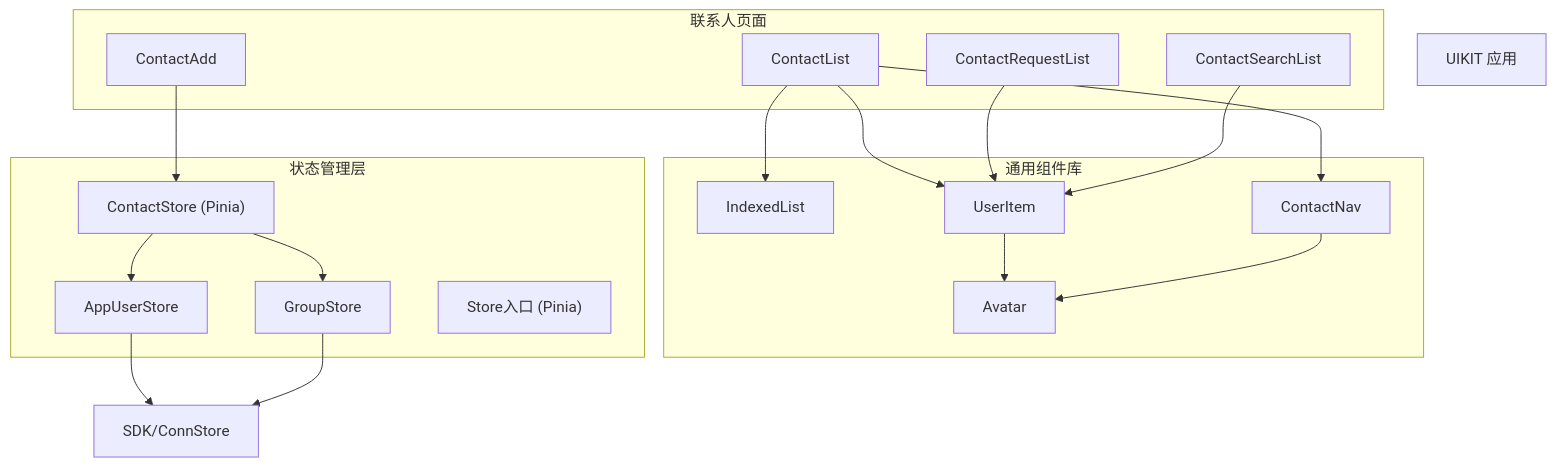
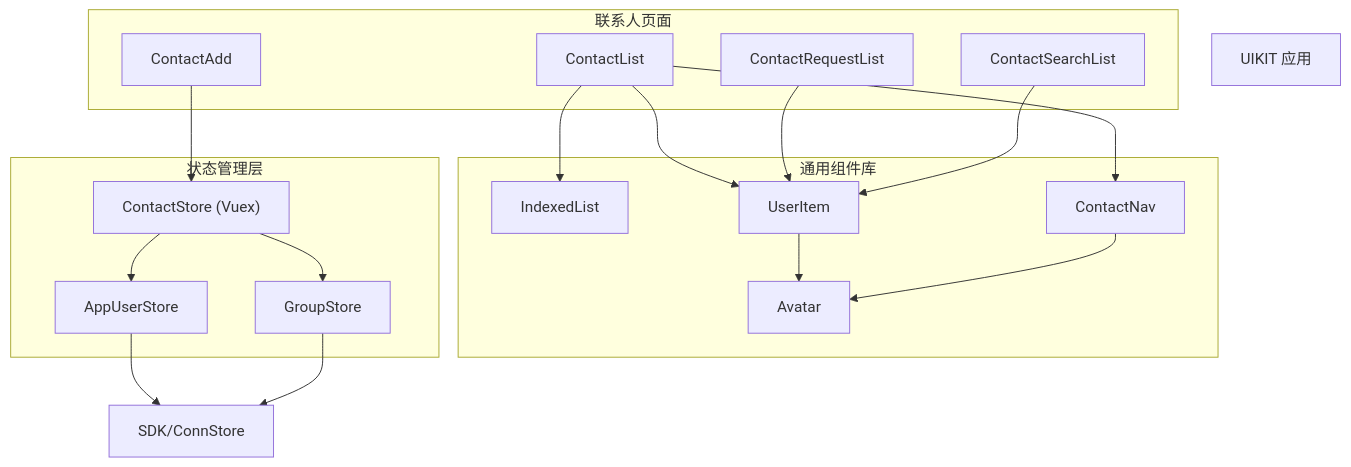
The second of 4 diagrams in .qoder/repowiki/zh/content/联系人模块/联系人模块.md (Easemob-Community/easemob-uikit-uniapp-community), drawn with Mermaid before and after one commit. The commit also changed other lines of this file and 14 other files, not shown here.

````diff
--- a/.qoder/repowiki/zh/content/联系人模块/联系人模块.md
+++ b/.qoder/repowiki/zh/content/联系人模块/联系人模块.md
@@ -177,35 +162,34 @@
 ```mermaid
 graph TB
 UIKIT["UIKIT 应用"]
 subgraph "联系人页面"
 CL["ContactList"]
 CA["ContactAdd"]
 CRL["ContactRequestList"]
 CSL["ContactSearchList"]
 end
 subgraph "通用组件库"
 IL["IndexedList"]
 AV["Avatar"]
 NAV["ContactNav"]
 UI["UserItem"]
 end
 subgraph "状态管理层"
-CST["ContactStore (Pinia)"]
+CST["ContactStore (Vuex)"]
 AS["AppUserStore"]
 GS["GroupStore"]
-SEI["Store入口 (Pinia)"]
 end
 SDK["SDK/ConnStore"]
 CST --> AS
 CST --> GS
 AS --> SDK
 GS --> SDK
 CL --> IL
 CL --> UI
 CL --> NAV
 UI --> AV
 NAV --> AV
 CRL --> UI
 CSL --> UI
 CA --> CST
 ```
````
